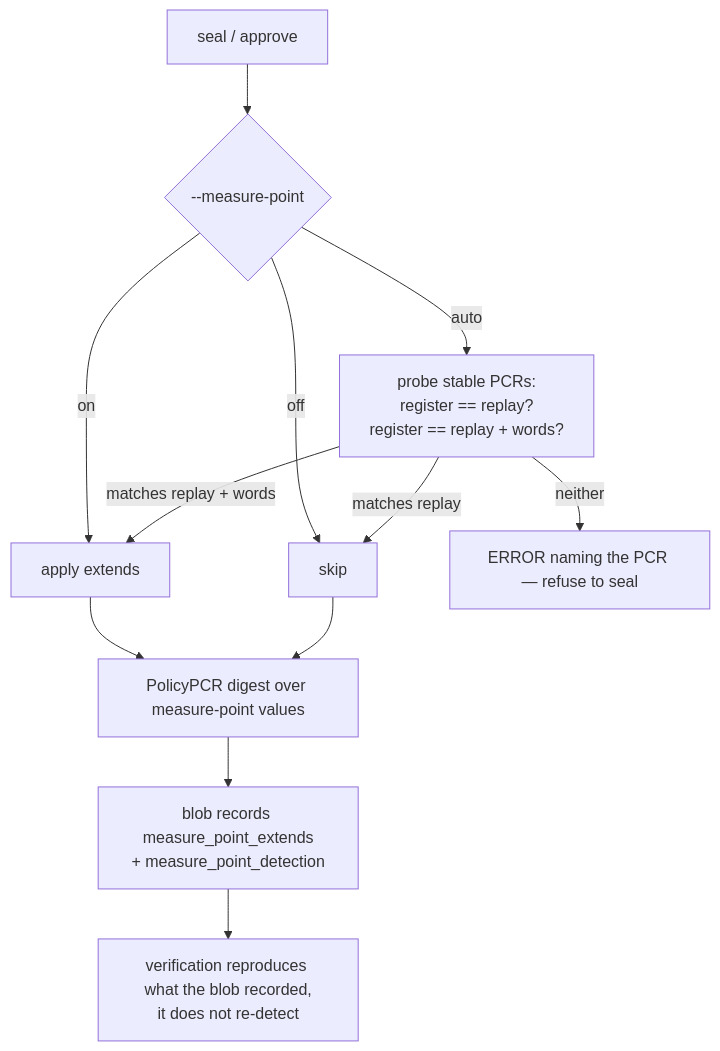
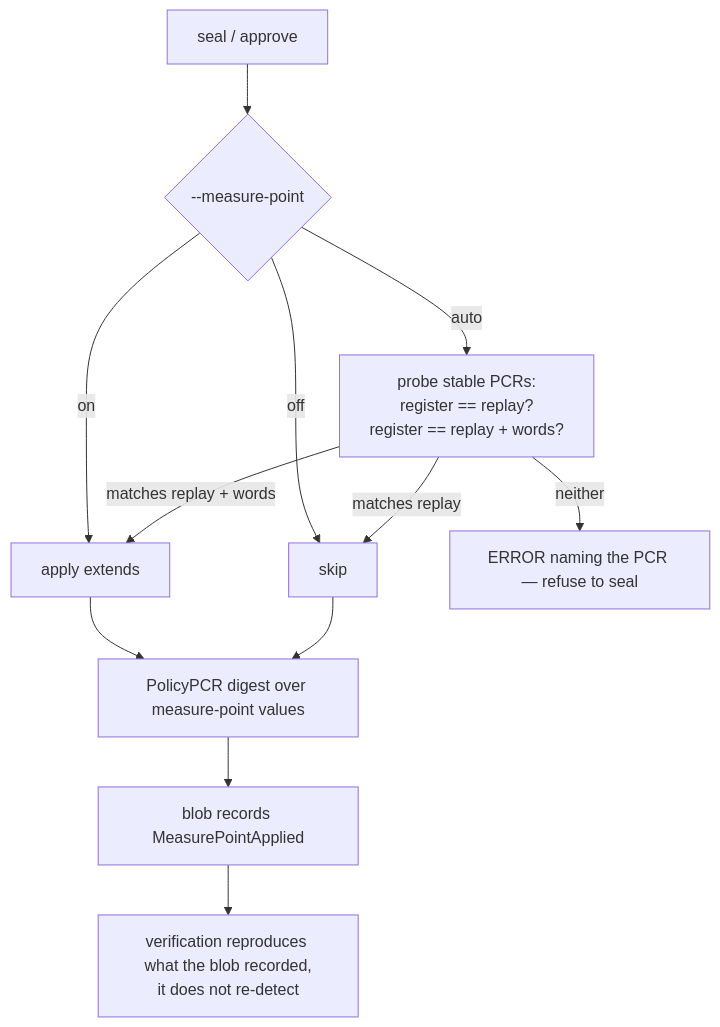
One commit to mrwiora/tpm2-kira changed the fourth of 6 diagrams in docs/SECURITY-BACKGROUND.md. Above: the diagram before and after it, drawn with Mermaid. The commit also changed other lines of this file, not shown here.

````diff
--- a/docs/SECURITY-BACKGROUND.md
+++ b/docs/SECURITY-BACKGROUND.md
@@ -867,14 +902,14 @@
 ```mermaid
 flowchart TD
     S["seal / approve"] --> M{"--measure-point"}
     M -->|on| AP["apply extends"]
     M -->|off| SK["skip"]
     M -->|auto| P["probe stable PCRs:<br/>register == replay?<br/>register == replay + words?"]
     P -->|"matches replay"| SK
     P -->|"matches replay + words"| AP
     P -->|neither| ERR["ERROR naming the PCR — refuse to seal"]
     AP --> POL["PolicyPCR digest over measure-point values"]
     SK --> POL
-    POL --> BLOB["blob records measure_point_extends<br/>+ measure_point_detection"]
+    POL --> BLOB["blob records MeasurePointApplied"]
     BLOB --> V["verification reproduces what the blob recorded,<br/>it does not re-detect"]
 ```
````
